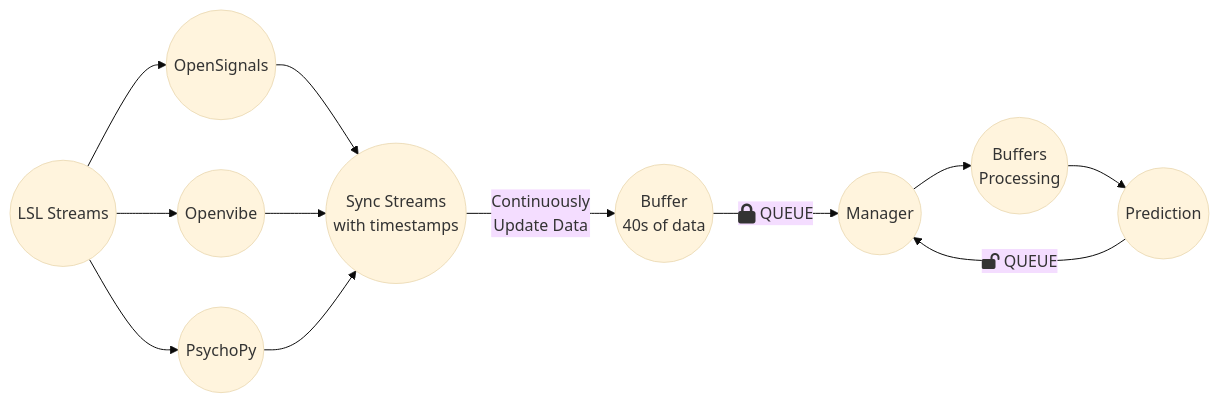
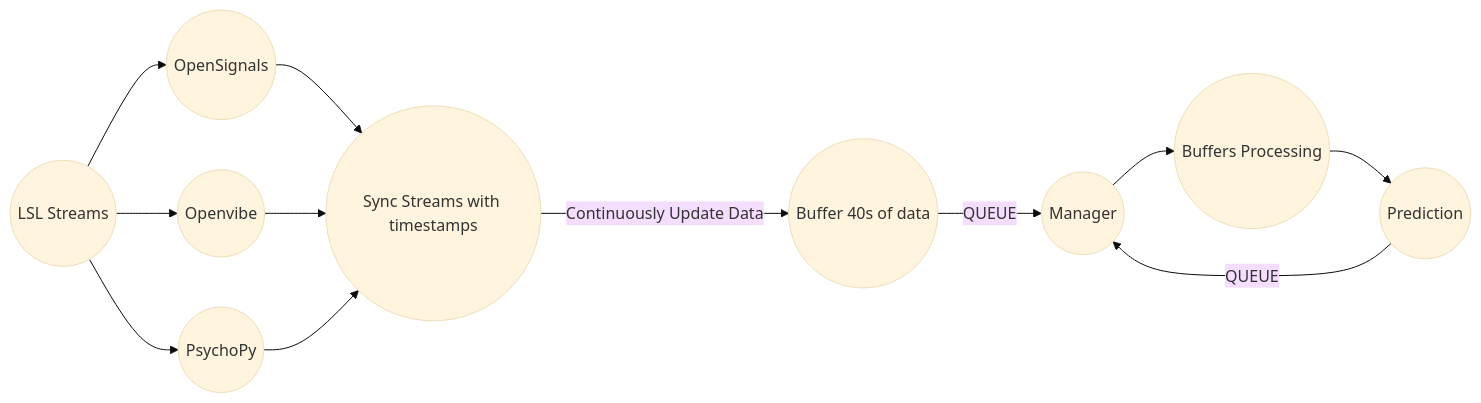
One commit to NeuroRehabilitation/loop-system changed the first of 2 diagrams in README.md. Above: the diagram before and after it, drawn with Mermaid (base theme).

Commit message:
docs(README): try fix mermaid flowchart

````diff
--- a/README.md
+++ b/README.md
@@ -12,24 +12,19 @@
 ```mermaid
-flowchart LR
-    A((LSL Streams))
-    B((OpenSignals))
-    C((Openvibe))
-    D((PsychoPy))
-    A --> B & C & D
-    E((Sync Streams
-    with timestamps
-    ))
-    B & C & D --> E
-    F((Buffer
-    40s of data))
-    E --> |Continuously
-    Update Data| F
-    G((Manager))
-    F --> |<i class="fas fa-lock fa-lg"></i> QUEUE| G 
-    H((Buffers 
-     Processing))
-    I((Prediction))
-    G-->H
-    H-->I
-    I--> |<i class="fas fa-lock-open"></i> QUEUE|G
+flowchart LR 
+A((LSL Streams)) 
+B((OpenSignals)) 
+C((Openvibe)) 
+D((PsychoPy)) 
+A --> B & C & D 
+E((Sync Streams with timestamps )) 
+B & C & D --> E 
+F((Buffer 40s of data)) 
+E --> |Continuously Update Data| F 
+G((Manager)) 
+F --> |QUEUE| G 
+H((Buffers Processing)) 
+I((Prediction)) 
+G --> H 
+H --> I 
+I --> |QUEUE| G 
 ```
````
